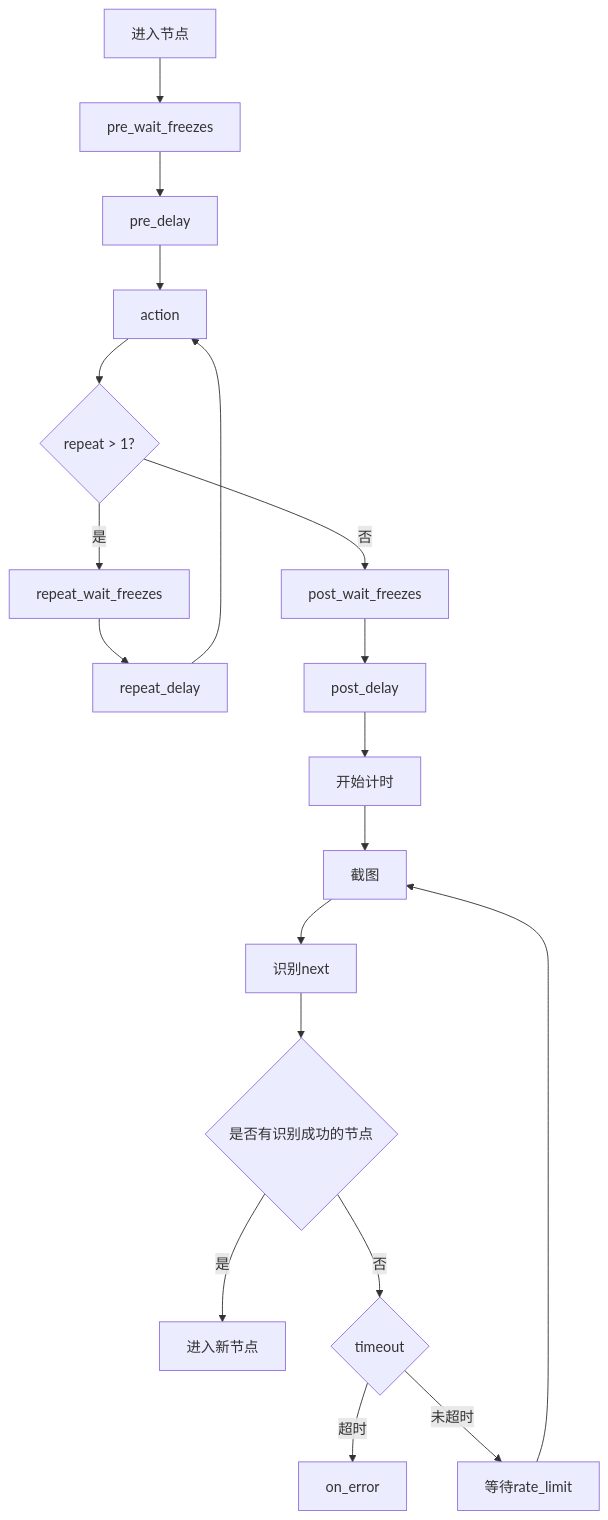
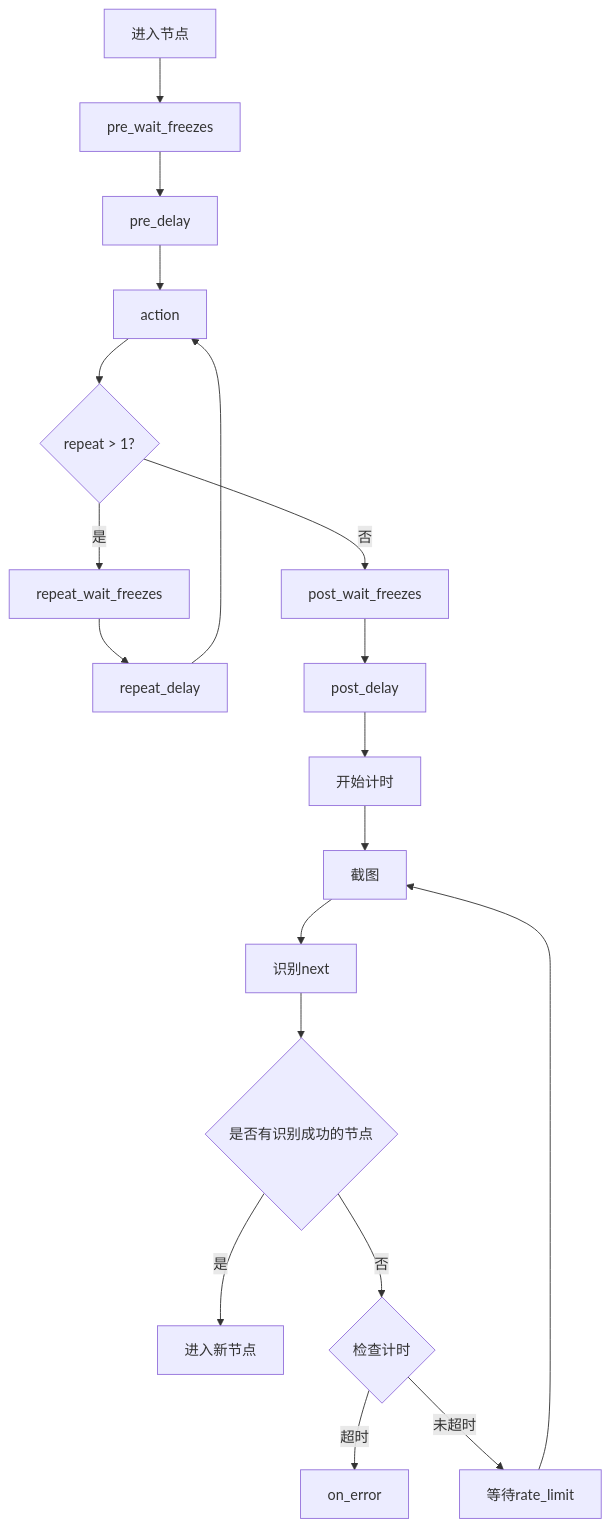
Before and after one commit to MaaXYZ/MaaFramework: the first of 4 diagrams in docs/zh_cn/3.1-任务流水线协议.md, drawn with Mermaid. The commit also changed 1 other file, not shown here.

Commit message:
docs: update pipeline protocol timeout description

````diff
--- a/docs/zh_cn/3.1-任务流水线协议.md
+++ b/docs/zh_cn/3.1-任务流水线协议.md
@@ -58,21 +58,21 @@
 ```mermaid
     flowchart TB
         A[进入节点] --> B[pre_wait_freezes]
         B --> C[pre_delay]
         C --> D[action]
         D --> M{"repeat > 1?"}
         M -->|是| N[repeat_wait_freezes]
         N --> O[repeat_delay]
         O --> D
         M -->|否| E[post_wait_freezes]
         E --> F[post_delay]
         F --> Q[开始计时]
         Q --> P[截图]
         P --> G[识别next]
         G --> H{"是否有识别成功的节点"}
         H -->|是| I[进入新节点]
-        H -->|否| J{"timeout"}
+        H -->|否| J{"检查计时"}
         J -->|超时| K[on_error]
         J -->|未超时| L[等待rate_limit]
         L --> P
 ```
````
